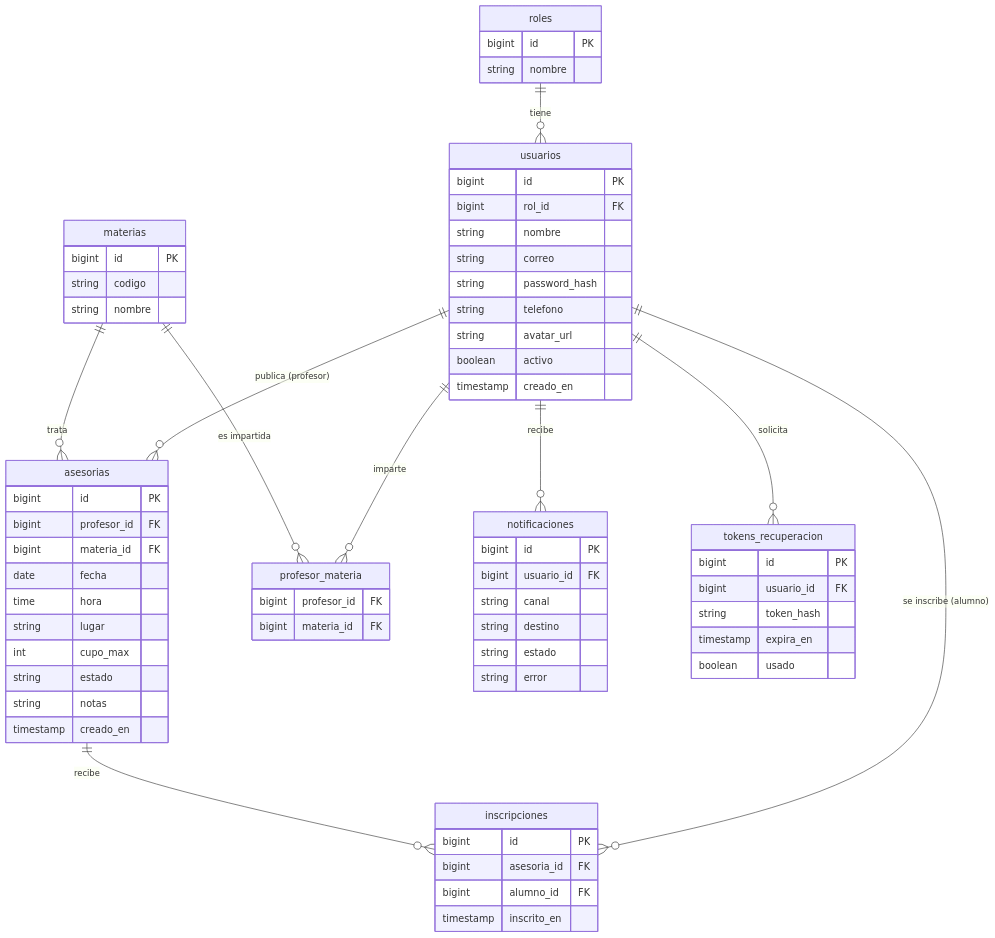
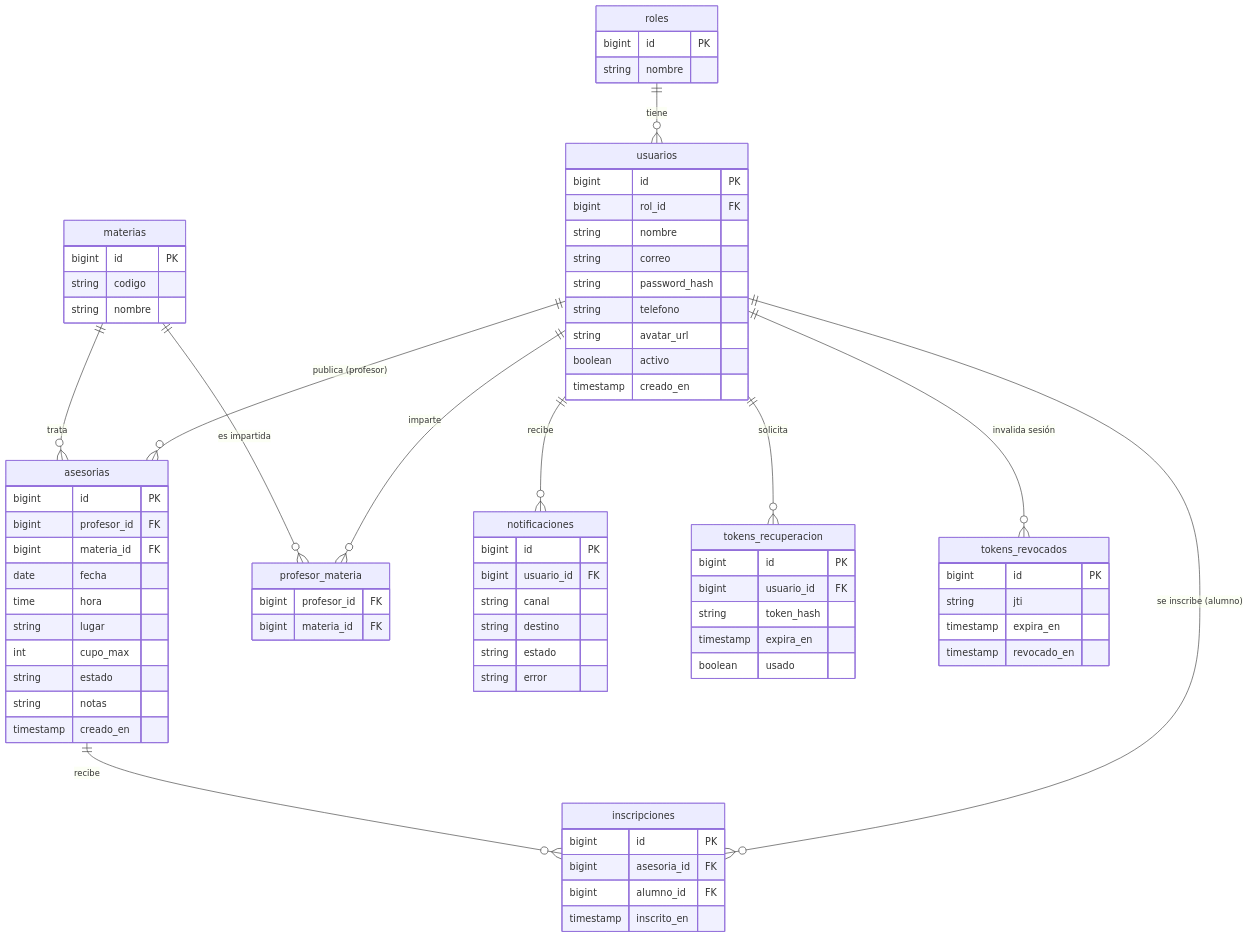
The diagram in README.md (DaniielA5/plataforma-asesorias), drawn with Mermaid before and after one commit. The commit also changed other lines of this file, not shown here.

Commit message:
docs(readme): ajusta enlaces, ER, versión de PostgreSQL y sección de diseño

````diff
--- a/README.md
+++ b/README.md
@@ -107,54 +131,59 @@
 ```mermaid
 erDiagram
     roles ||--o{ usuarios : tiene
     usuarios ||--o{ asesorias : "publica (profesor)"
     usuarios ||--o{ inscripciones : "se inscribe (alumno)"
     materias ||--o{ asesorias : trata
     asesorias ||--o{ inscripciones : recibe
     usuarios ||--o{ profesor_materia : imparte
     materias ||--o{ profesor_materia : "es impartida"
     usuarios ||--o{ notificaciones : recibe
     usuarios ||--o{ tokens_recuperacion : solicita
+    usuarios ||--o{ tokens_revocados : "invalida sesión"
 
     roles { bigint id PK
             string nombre }
     usuarios { bigint id PK
                bigint rol_id FK
                string nombre
                string correo
                string password_hash
                string telefono
                string avatar_url
                boolean activo
                timestamp creado_en }
     materias { bigint id PK
                string codigo
                string nombre }
     profesor_materia { bigint profesor_id FK
                        bigint materia_id FK }
     asesorias { bigint id PK
                 bigint profesor_id FK
                 bigint materia_id FK
                 date fecha
                 time hora
                 string lugar
                 int cupo_max
                 string estado
                 string notas
                 timestamp creado_en }
     inscripciones { bigint id PK
                     bigint asesoria_id FK
                     bigint alumno_id FK
                     timestamp inscrito_en }
     notificaciones { bigint id PK
                      bigint usuario_id FK
                      string canal
                      string destino
                      string estado
                      string error }
     tokens_recuperacion { bigint id PK
                           bigint usuario_id FK
                           string token_hash
                           timestamp expira_en
                           boolean usado }
+    tokens_revocados { bigint id PK
+                   string jti
+                   timestamp expira_en
+                   timestamp revocado_en }
 ```
````
